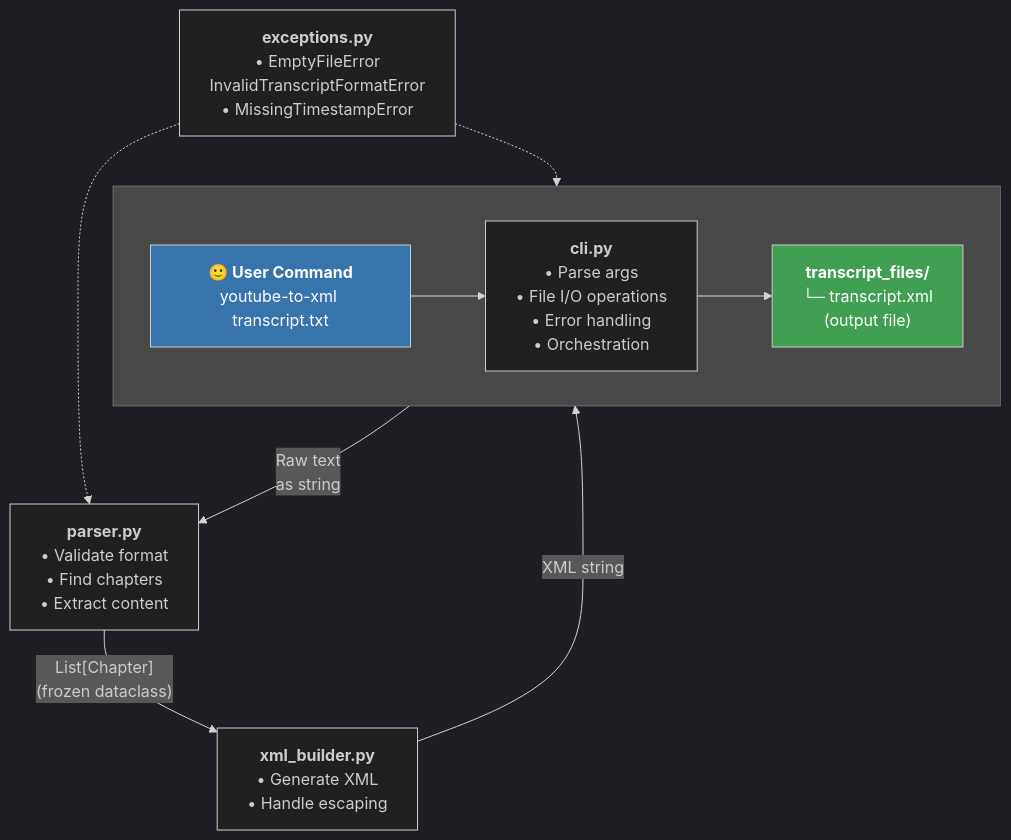
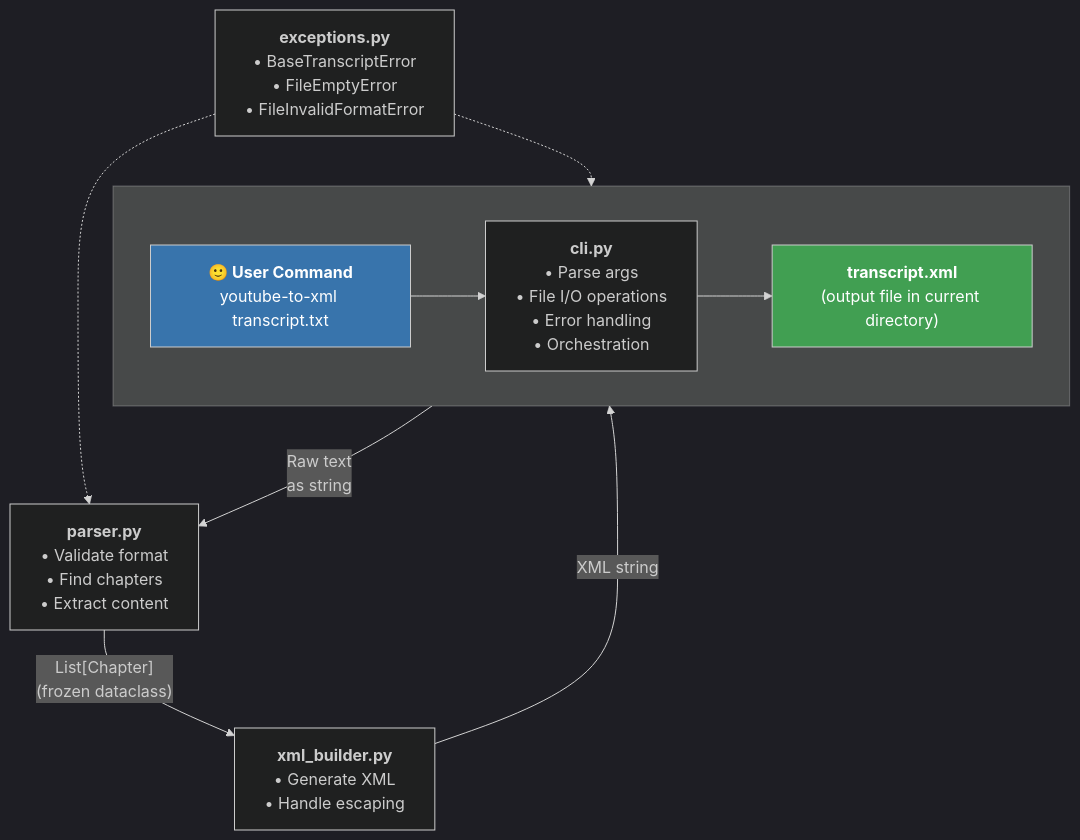
One commit to michellepace/youtube-to-xml changed the diagram in docs/SPEC.md. Above: the diagram before and after it, drawn with Mermaid. The commit also changed other lines of this file and 8 other files, not shown here.

````diff
--- a/docs/SPEC.md
+++ b/docs/SPEC.md
@@ -29,48 +29,48 @@
 ```mermaid
 ---
 config:
   theme: dark
 ---
 flowchart TD
     subgraph TOP[" "]
         direction LR
         
         CLI["`**🙂 User Command**
         youtube-to-xml transcript.txt`"]
 
         CLIMOD["`**cli.py**
         • Parse args
         • File I/O operations
         • Error handling
         • Orchestration`"]
 
-        OUTPUT["`**transcript_files/**
-        └─ transcript.xml<br>(output file)`"]
+        OUTPUT["`**transcript.xml**
+        (output file in current directory)`"]
 
         CLI --> CLIMOD
         CLIMOD --> OUTPUT
     end
     
     EXCEPTIONS["`**exceptions.py**
-    • EmptyFileError
-    InvalidTranscriptFormatError
-    • MissingTimestampError`"]
+    • BaseTranscriptError
+    • FileEmptyError
+    • FileInvalidFormatError`"]
     
     PARSER["`**parser.py**
     • Validate format
     • Find chapters
     • Extract content`"]
     
     XMLBUILDER["`**xml_builder.py**
     • Generate XML
     • Handle escaping`"]
     
     CLIMOD --> |Raw text<br>as string| PARSER
     PARSER --> |"List[Chapter]<br>(frozen dataclass)"| XMLBUILDER
     XMLBUILDER --> |XML string| CLIMOD
     EXCEPTIONS -.-> PARSER
     EXCEPTIONS -.-> CLIMOD
     
     style CLI color:#fff,fill:#3874ac
     style OUTPUT color:#fff,fill:#419f52
 ```
````
